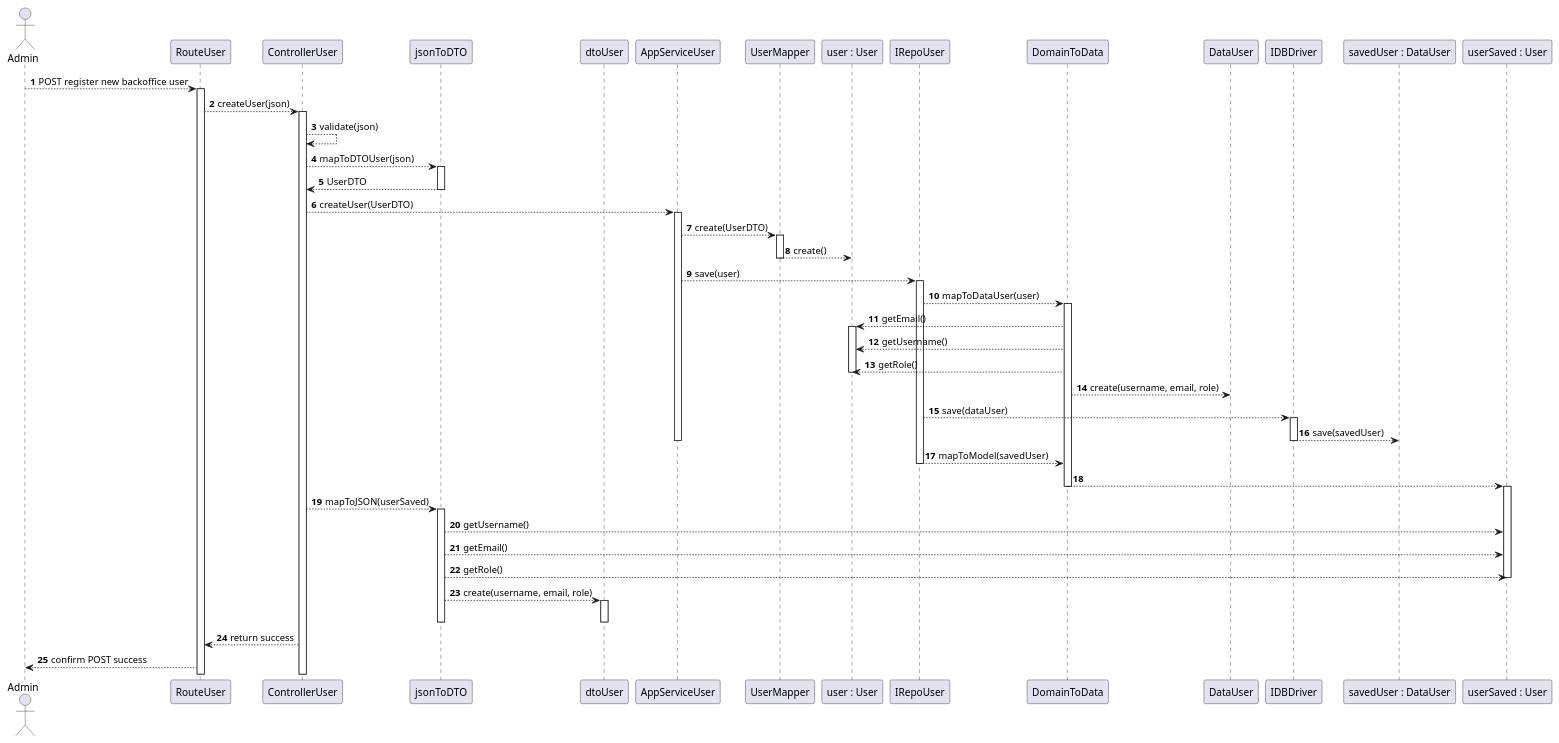
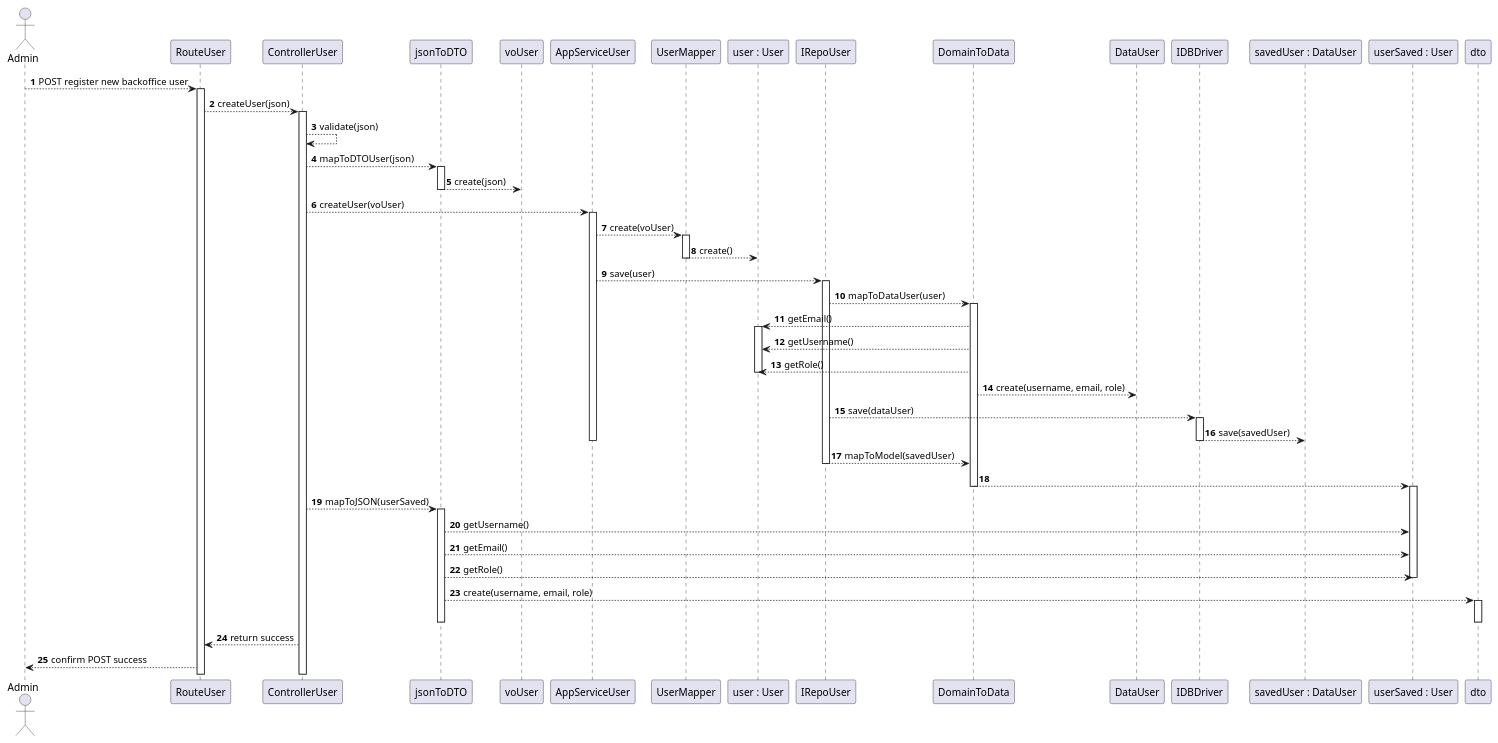
One commit to Departamento-de-Engenharia-Informatica/sem5pi-24-25-3NA_G74 changed the diagram in docs/sprint1/Use Cases/US5.1.1/2.Process_Views/US5.1.1-Process_View_Level_3.puml. Above: the diagram before and after it, drawn with PlantUML. The commit also changed 3 other files, not shown here.

```diff
--- a/docs/sprint1/Use Cases/US5.1.1/2.Process_Views/US5.1.1-Process_View_Level_3.puml
+++ b/docs/sprint1/Use Cases/US5.1.1/2.Process_Views/US5.1.1-Process_View_Level_3.puml
@@ -1,71 +1,71 @@
 @startuml
 'https://plantuml.com/sequence-diagram
 
 autonumber
 
 actor "Admin" as adm
 
 participant RouteUser as rt
 participant ControllerUser as ct
 participant jsonToDTO as jdto
-participant dtoUser as dto
+participant voUser as vo
 participant AppServiceUser as asu
 participant UserMapper as ifu
 participant "user : User" as u
 participant IRepoUser as iru
 participant DomainToData as dtd
 participant DataUser as du
 participant IDBDriver as dbd
 participant "savedUser : DataUser" as sdu
 participant "userSaved : User" as us
 
 adm --> rt : POST register new backoffice user
 activate rt
 rt --> ct : createUser(json)
 activate ct
 ct --> ct : validate(json)
 ct --> jdto : mapToDTOUser(json)
 activate jdto
-jdto --> ct : UserDTO
+jdto --> vo : create(json)
 
 deactivate jdto
-ct --> asu : createUser(UserDTO)
+ct --> asu : createUser(voUser)
 activate asu
-asu --> ifu : create(UserDTO)
+asu --> ifu : create(voUser)
 activate ifu
 ifu --> u : create()
 deactivate ifu
 asu --> iru : save(user)
 activate iru
 iru --> dtd : mapToDataUser(user)
 activate dtd
 dtd --> u : getEmail()
 activate u
 dtd --> u : getUsername()
 dtd --> u : getRole()
 deactivate u
 dtd --> du : create(username, email, role)
 iru --> dbd : save(dataUser)
 activate dbd
 dbd --> sdu : save(savedUser)
 deactivate dbd
 deactivate asu
 iru --> dtd : mapToModel(savedUser)
 deactivate iru
 dtd --> us
 deactivate dtd
 activate us
 ct --> jdto : mapToJSON(userSaved)
 activate jdto
 jdto --> us : getUsername()
 jdto --> us : getEmail()
 jdto --> us : getRole()
 deactivate us
 jdto --> dto : create(username, email, role)
 activate dto
 deactivate jdto
 deactivate dto
 ct --> rt : return success
 rt --> adm : confirm POST success
 
 @enduml
```
